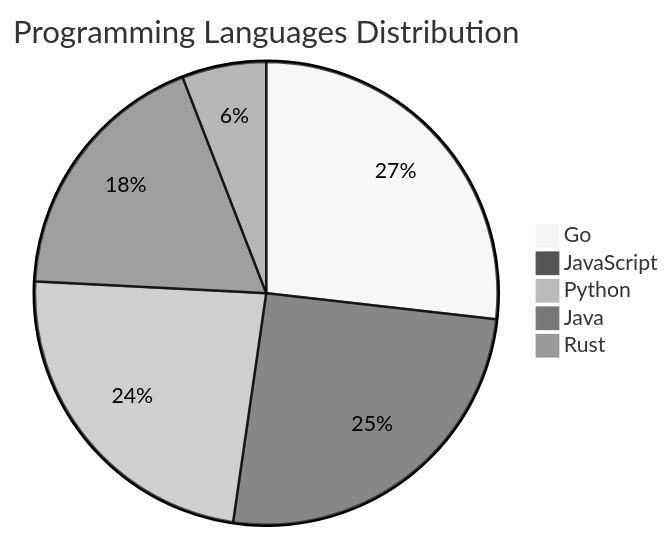
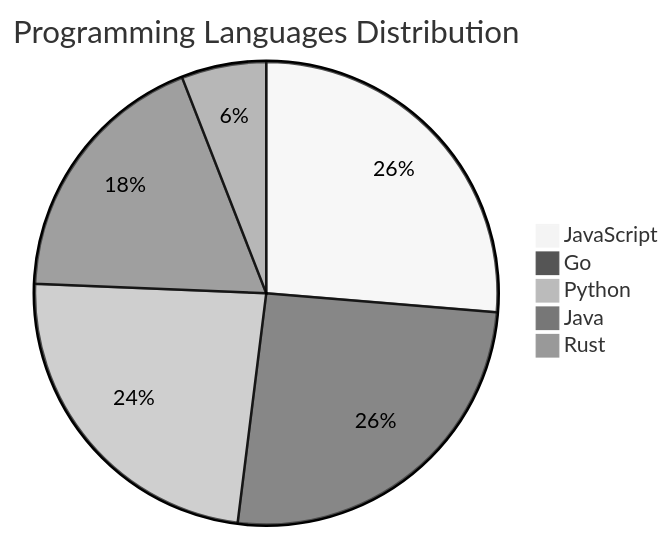
One commit to Derrick-MUGISHA/github-activity-bot changed the diagram in README.md. Above: the diagram before and after it, drawn with Mermaid (neutral theme). The commit also changed other lines of this file and 4 other files, not shown here.

````diff
--- a/README.md
+++ b/README.md
@@ -205,8 +205,8 @@
 ```mermaid
 pie title Programming Languages Distribution
-    "Go" : 41
-    "JavaScript" : 39
+    "JavaScript" : 40
+    "Go" : 39
     "Python" : 36
     "Java" : 28
     "Rust" : 9
 ```
````
